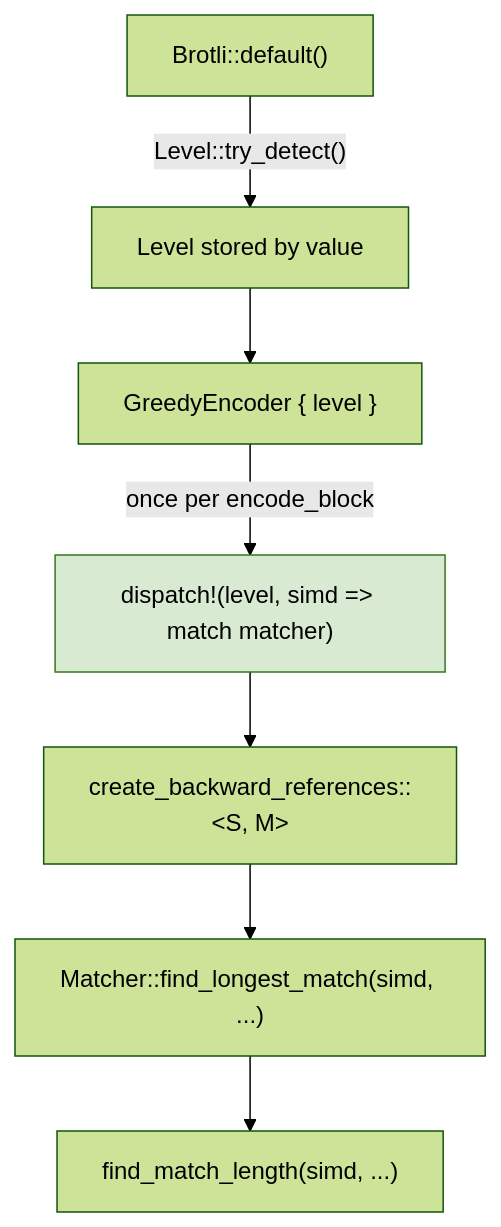
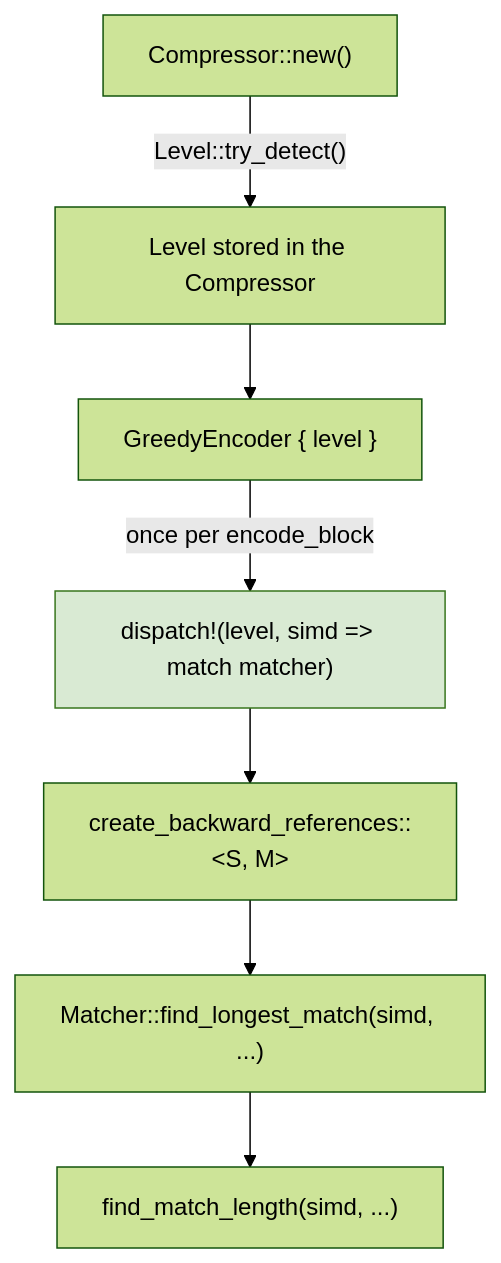
Before and after one commit to Mnwa/mbrotli: the ninth of 9 diagrams in architecture/greedy-encoder.md, drawn with Mermaid (forest theme). The commit also changed other lines of this file and 104 other files, not shown here.

````diff
--- a/architecture/greedy-encoder.md
+++ b/architecture/greedy-encoder.md
@@ -478,12 +478,12 @@
 ```mermaid
 graph TD
-    A["Brotli::default()"] -->|"Level::try_detect()"| B["Level stored by value"]
+    A["Compressor::new()"] -->|"Level::try_detect()"| B["Level stored in the Compressor"]
     B --> C["GreedyEncoder { level }"]
     C -->|"once per encode_block"| D["dispatch!(level, simd => match matcher)"]
     D --> E["create_backward_references::&lt;S, M&gt;"]
     E --> F["Matcher::find_longest_match(simd, ...)"]
     F --> G["find_match_length(simd, ...)"]
 
     classDef once fill:#d9ead3,stroke:#38761d;
     class D once;
 ```
````
